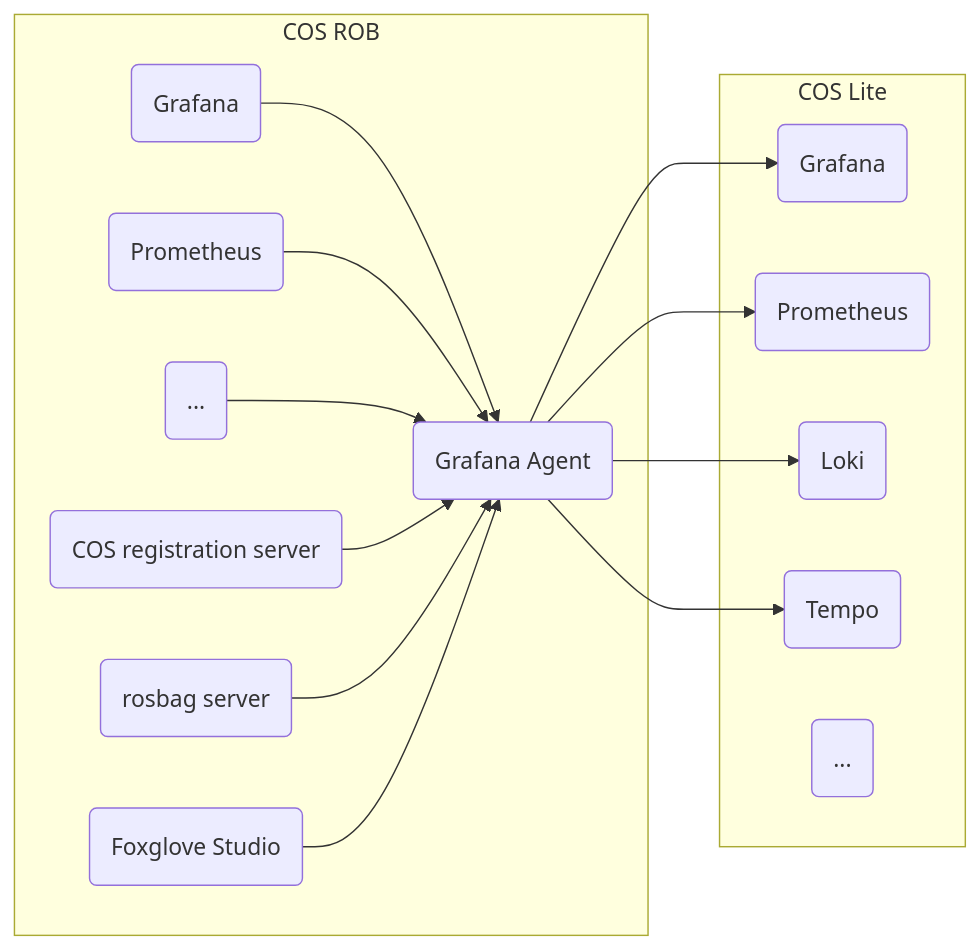
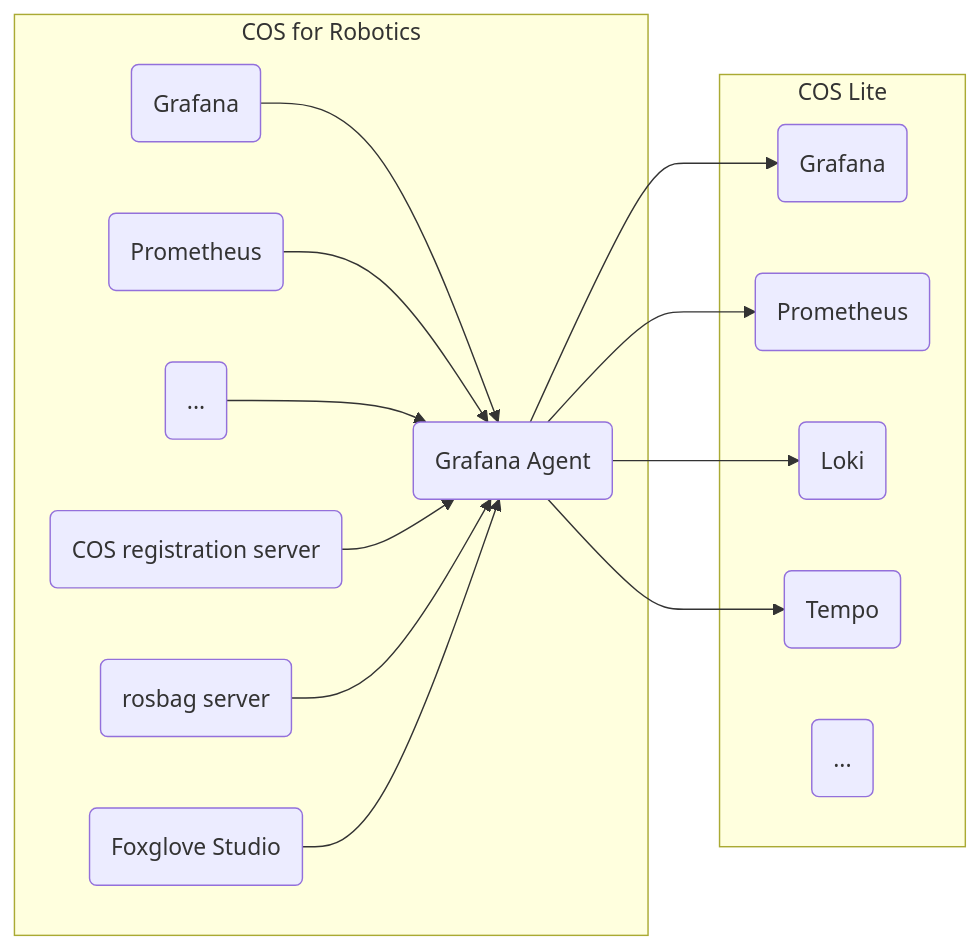
Before and after one commit to canonical/robotics_documentation: the diagram in docs/how-to-guides/operation/observe-cos-rob.md, drawn with Mermaid.

Commit message:
small fix

````diff
--- a/docs/how-to-guides/operation/observe-cos-rob.md
+++ b/docs/how-to-guides/operation/observe-cos-rob.md
@@ -126,35 +126,35 @@
 ```{mermaid}
 :name: cos-cosrob-diagram
 :caption: A bi-model deployment of {{ COS }} observing {{ COS_ROB }}.
 :config: {"fontFamily": "ubuntu", "theme": "dark"}
 :align: center
 graph LR;
-    subgraph Cloud 1 [COS ROB]
+    subgraph Cloud 1 [COS for Robotics]
         A(Grafana)
         B(Prometheus)
         C(Foxglove Studio)
         K(COS registration server)
         L(rosbag server)
         D(...)
         E(Grafana Agent)
         A --> E
         B --> E
         D --> E
         K --> E
         L --> E
         C --> E
     end
 
     subgraph Cloud 2 [COS Lite]
         F(Grafana)
         H(Prometheus)
         G(Loki)
         I(Tempo)
         J(...)
     end
 
     E --> F
     E --> H
     E --> G
     E --> I
 ```
````
